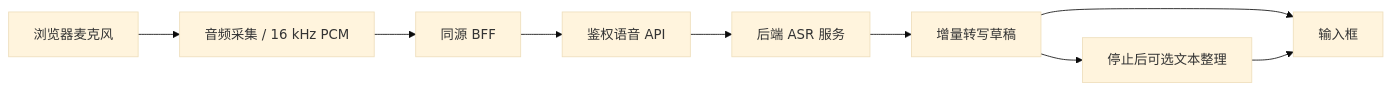
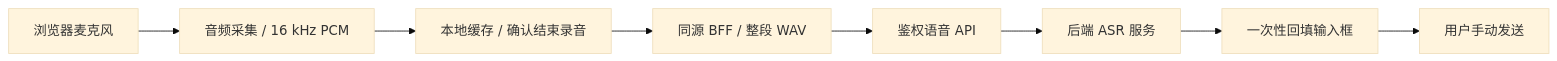
Before and after one commit to PrayforH/KAI: the second of 2 diagrams in docs/architecture.md, drawn with Mermaid (base theme). The commit also changed other lines of this file and 16 other files, not shown here.

````diff
--- a/docs/architecture.md
+++ b/docs/architecture.md
@@ -78,11 +78,10 @@
 ```mermaid
 flowchart LR
     Mic[浏览器麦克风] --> Audio[音频采集 / 16 kHz PCM]
-    Audio --> BFF[同源 BFF]
+    Audio --> Stop[本地缓存 / 确认结束录音]
+    Stop --> BFF[同源 BFF / 整段 WAV]
     BFF --> Voice[鉴权语音 API]
     Voice --> ASR[后端 ASR 服务]
-    ASR --> Draft[增量转写草稿]
-    Draft --> Composer[输入框]
-    Draft --> Refine[停止后可选文本整理]
-    Refine --> Composer
+    ASR --> Composer[一次性回填输入框]
+    Composer --> Send[用户手动发送]
 ```
````
